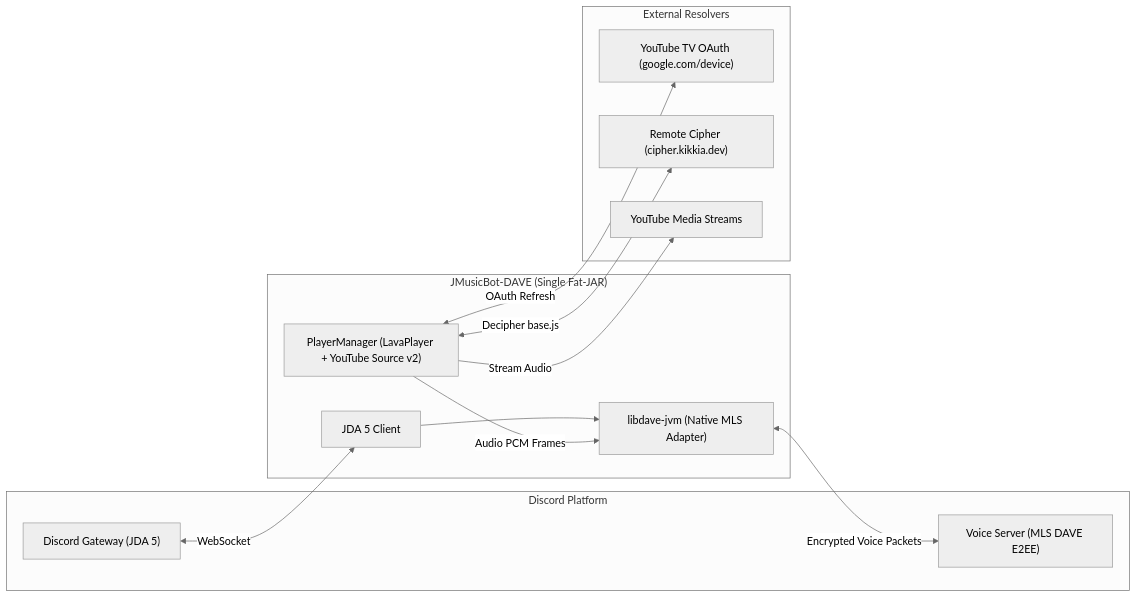
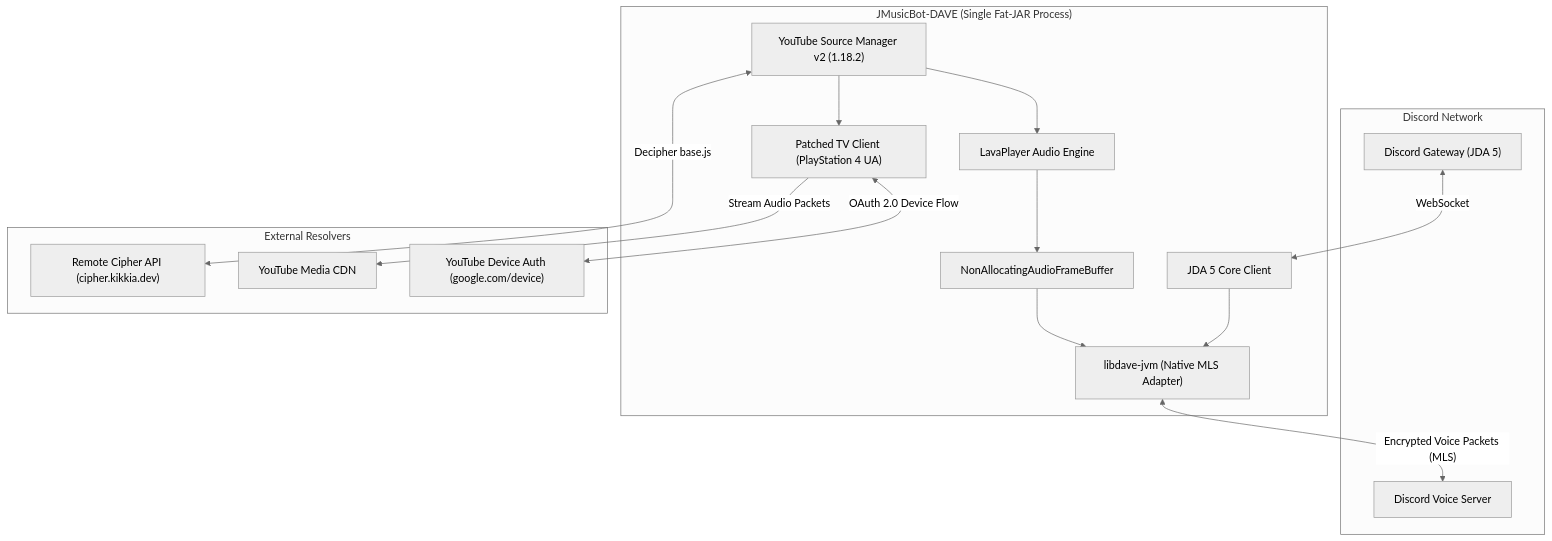
The diagram in README.md (wynoislive/JMusicBot-DAVE), drawn with Mermaid (neutral theme) before and after one commit. The commit also changed other lines of this file and 3 other files, not shown here.

````diff
--- a/README.md
+++ b/README.md
@@ -40,27 +57,34 @@
 ```mermaid
-flowchart LR
-    subgraph Discord["Discord Platform"]
-        Gateway["Discord Gateway (JDA 5)"]
-        Voice["Voice Server (MLS DAVE E2EE)"]
+flowchart TD
+    subgraph DiscordPlatform["Discord Network"]
+        DG["Discord Gateway (JDA 5)"]
+        DVC["Discord Voice Server"]
     end
 
-    subgraph BotCore["JMusicBot-DAVE (Single Fat-JAR)"]
-        JDA["JDA 5 Client"]
+    subgraph BotRuntime["JMusicBot-DAVE (Single Fat-JAR Process)"]
+        JDA["JDA 5 Core Client"]
         DaveAdapter["libdave-jvm (Native MLS Adapter)"]
-        PlayerMgr["PlayerManager (LavaPlayer + YouTube Source v2)"]
+        AudioBuffer["NonAllocatingAudioFrameBuffer"]
+        LavaPlayer["LavaPlayer Audio Engine"]
+        YTSource["YouTube Source Manager v2 (1.18.2)"]
+        TvClient["Patched TV Client (PlayStation 4 UA)"]
     end
 
-    subgraph RemoteServices["External Resolvers"]
-        YTOAuth["YouTube TV OAuth (google.com/device)"]
-        YTCipher["Remote Cipher (cipher.kikkia.dev)"]
-        YTMedia["YouTube Media Streams"]
+    subgraph ExternalServices["External Resolvers"]
+        YTOAuth["YouTube Device Auth (google.com/device)"]
+        CipherAPI["Remote Cipher API (cipher.kikkia.dev)"]
+        CDN["YouTube Media CDN"]
     end
 
-    Gateway <-->|"WebSocket"| JDA
-    DaveAdapter <-->|"Encrypted Voice Packets"| Voice
+    DG <-->|"WebSocket"| JDA
     JDA --> DaveAdapter
-    PlayerMgr -->|"Audio PCM Frames"| DaveAdapter
-    PlayerMgr <-->|"OAuth Refresh"| YTOAuth
-    PlayerMgr <-->|"Decipher base.js"| YTCipher
-    PlayerMgr -->|"Stream Audio"| YTMedia
+    DaveAdapter <-->|"Encrypted Voice Packets (MLS)"| DVC
+
+    LavaPlayer --> AudioBuffer --> DaveAdapter
+    YTSource --> LavaPlayer
+    YTSource --> TvClient
+
+    TvClient <-->|"OAuth 2.0 Device Flow"| YTOAuth
+    YTSource <-->|"Decipher base.js"| CipherAPI
+    TvClient -->|"Stream Audio Packets"| CDN
 ```
````
